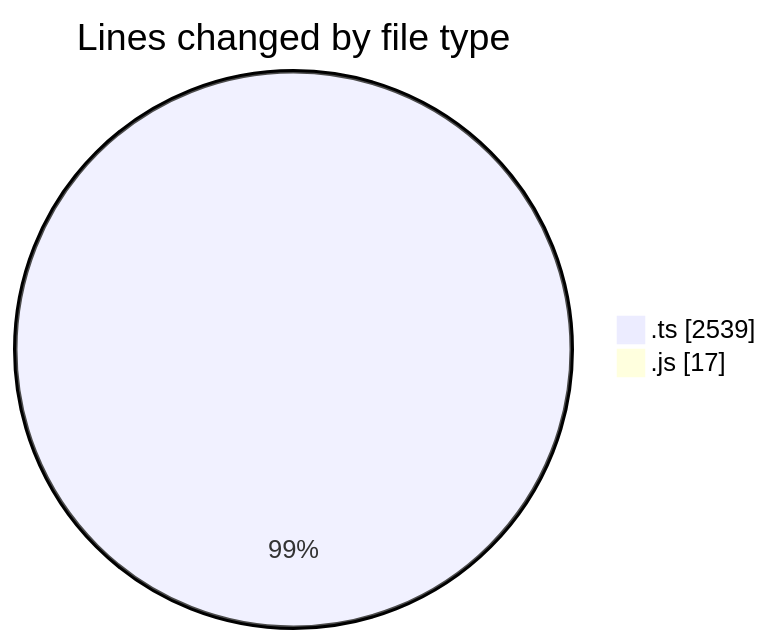
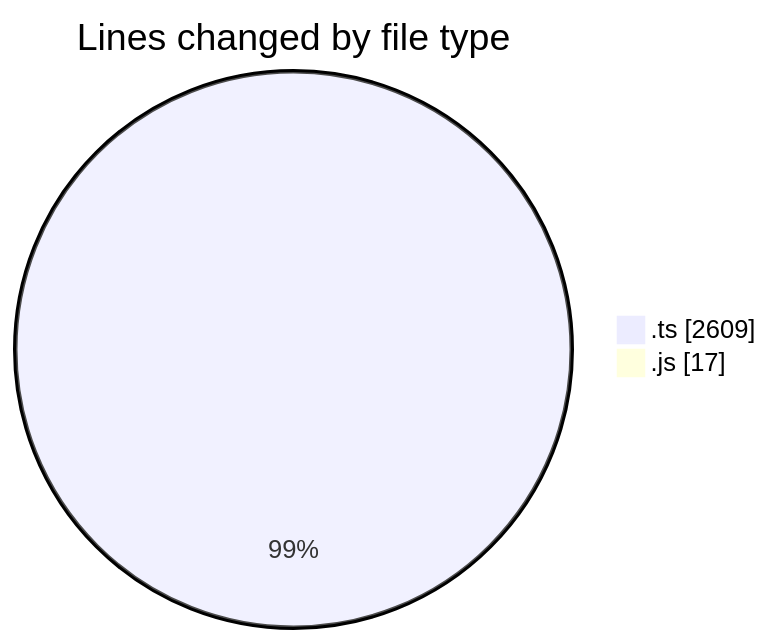
Before and after one commit to tmsrecording-cyber/code-tracking: the first of 2 diagrams in 2026-02-07/singularitybrainai/README.md, drawn with Mermaid. The commit also changed other lines of this file and 1 other file, not shown here.

````diff
--- a/2026-02-07/singularitybrainai/README.md
+++ b/2026-02-07/singularitybrainai/README.md
@@ -25,6 +26,6 @@
 ```mermaid
 pie showData
 title Lines changed by file type
-".ts" : 2539
+".ts" : 2609
 ".js" : 17
 ```
````
